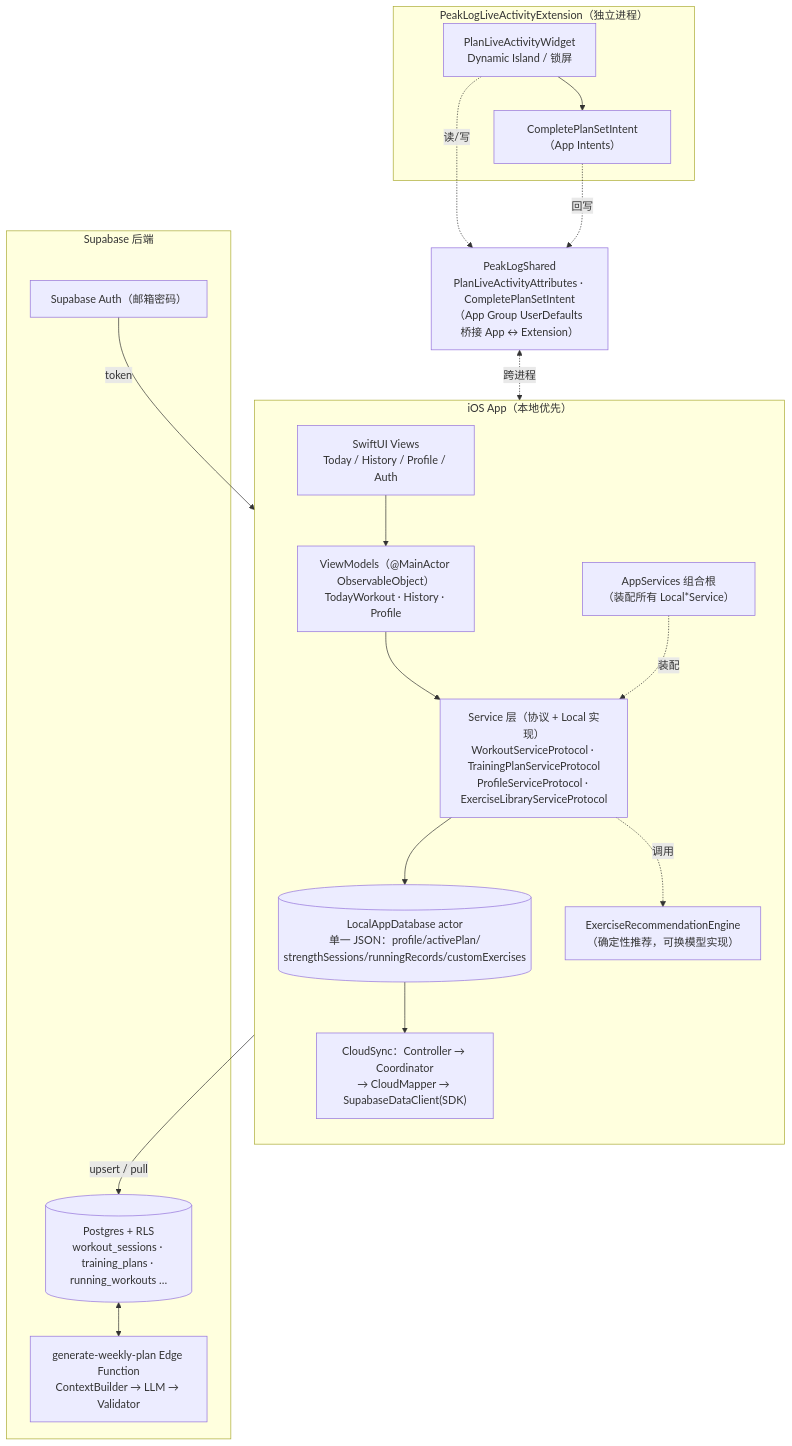
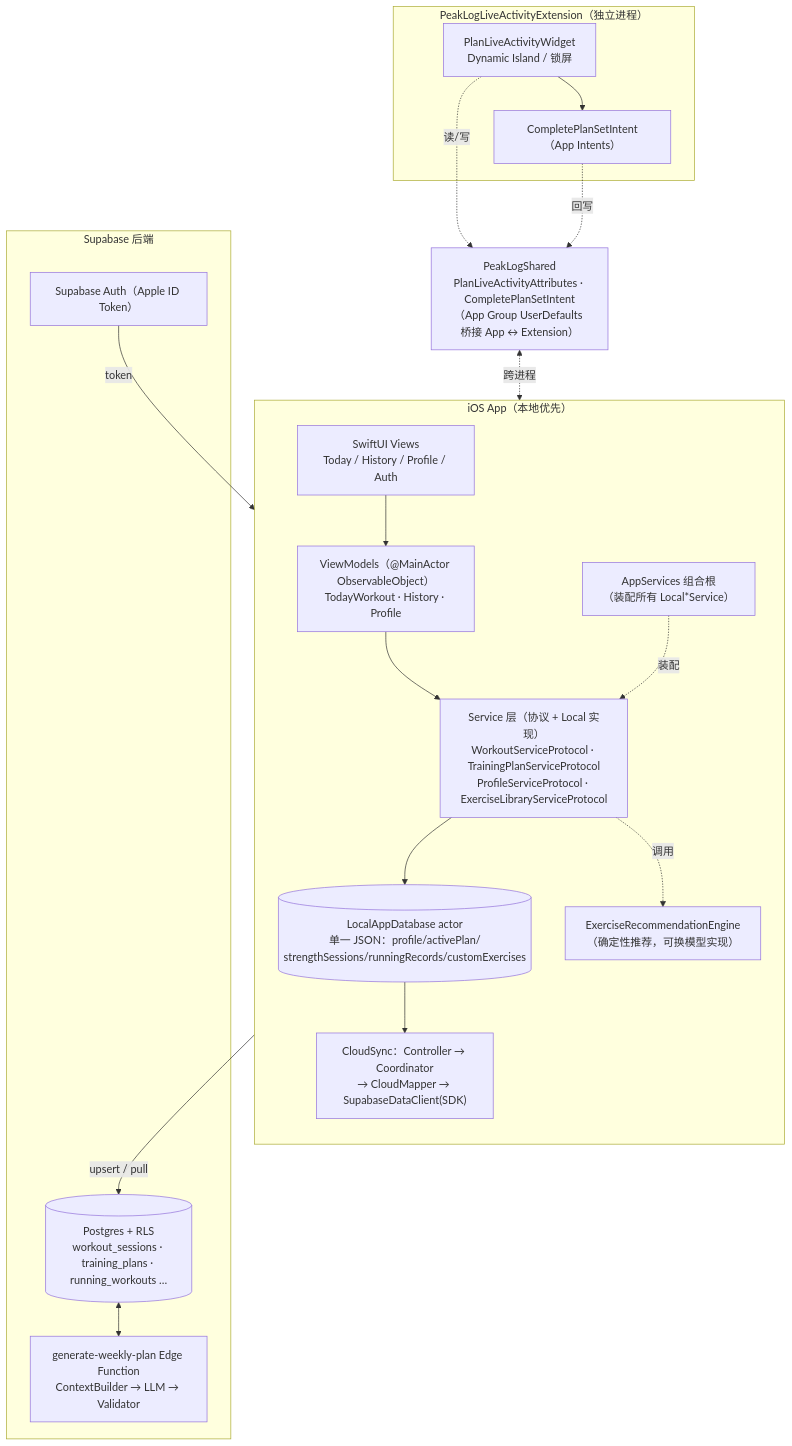
One commit to Paikchu/PeakLog changed the diagram in docs/architecture/system-architecture.md. Above: the diagram before and after it, drawn with Mermaid. The commit also changed other lines of this file and 19 other files, not shown here.

````diff
--- a/docs/architecture/system-architecture.md
+++ b/docs/architecture/system-architecture.md
@@ -41,41 +41,41 @@
 ```mermaid
 flowchart TB
   subgraph iOS["iOS App（本地优先）"]
     direction TB
     UI["SwiftUI Views<br/>Today / History / Profile / Auth"]
     VM["ViewModels（@MainActor ObservableObject）<br/>TodayWorkout · History · Profile"]
     SVC["Service 层（协议 + Local 实现）<br/>WorkoutServiceProtocol · TrainingPlanServiceProtocol<br/>ProfileServiceProtocol · ExerciseLibraryServiceProtocol"]
     ENG["ExerciseRecommendationEngine<br/>（确定性推荐，可换模型实现）"]
     DB[("LocalAppDatabase actor<br/>单一 JSON：profile/activePlan/<br/>strengthSessions/runningRecords/customExercises")]
     SYNC["CloudSync：Controller → Coordinator<br/>→ CloudMapper → SupabaseDataClient(SDK)"]
     ROOT["AppServices 组合根<br/>（装配所有 Local*Service）"]
 
     UI --> VM
     VM --> SVC
     SVC --> DB
     SVC -.调用.-> ENG
     DB --> SYNC
     ROOT -.装配.-> SVC
   end
 
   subgraph EXT["PeakLogLiveActivityExtension（独立进程）"]
     WID["PlanLiveActivityWidget<br/>Dynamic Island / 锁屏"]
     INT["CompletePlanSetIntent（App Intents）"]
     WID --> INT
   end
 
   SHARED["PeakLogShared<br/>PlanLiveActivityAttributes · CompletePlanSetIntent<br/>（App Group UserDefaults 桥接 App ↔ Extension）"]
 
   subgraph BE["Supabase 后端"]
     PG[("Postgres + RLS<br/>workout_sessions · training_plans · running_workouts …")]
-    AUTH["Supabase Auth（邮箱密码）"]
+    AUTH["Supabase Auth（Apple ID Token）"]
     AGENT["generate-weekly-plan Edge Function<br/>ContextBuilder → LLM → Validator"]
     PG <--> AGENT
   end
 
   SYNC -->|upsert / pull| PG
   AUTH -->|token| SYNC
   WID -.读/写.-> SHARED
   INT -.回写.-> SHARED
   SHARED <-.跨进程.-> DB
 ```
````
